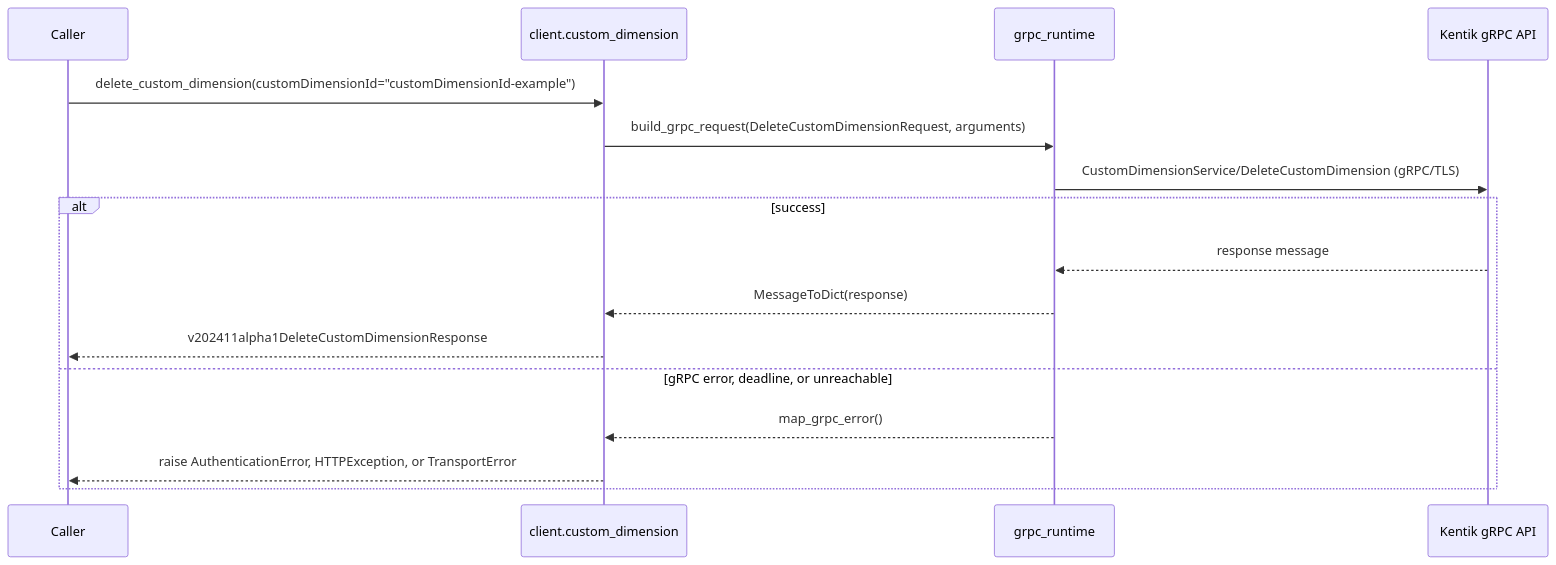
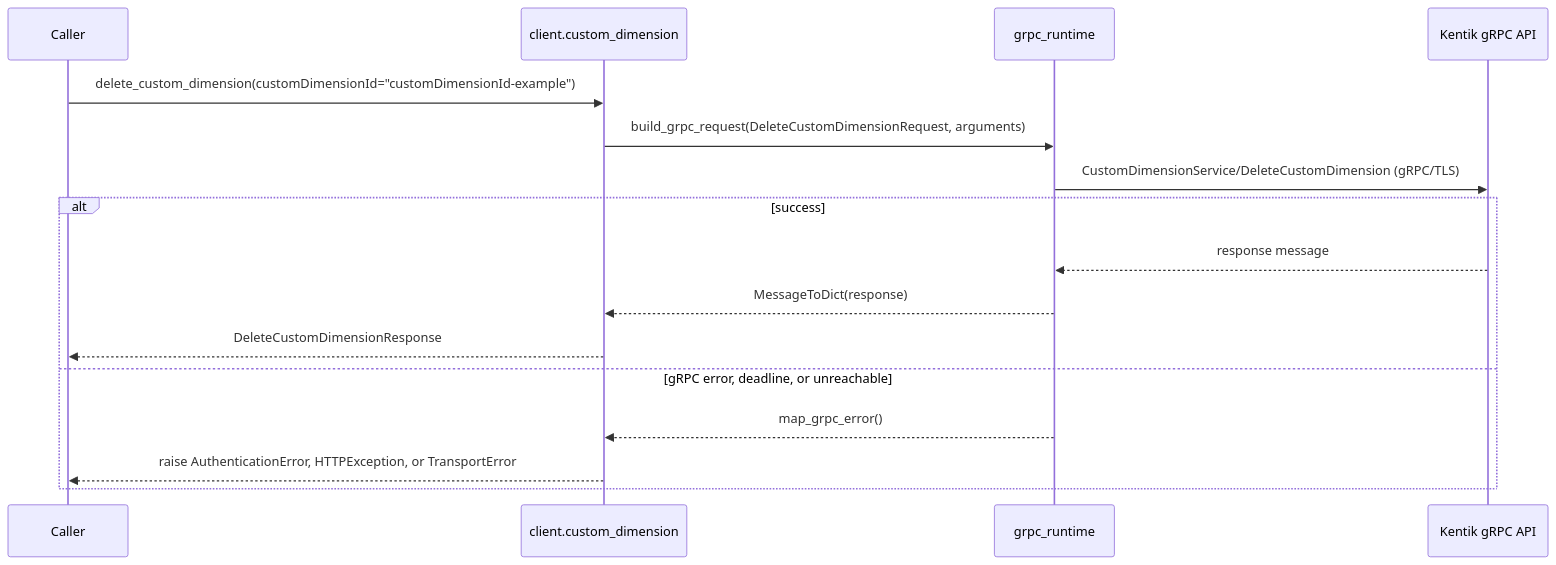
One commit to alexdearaujo/community_sdk_python changed the ninth of 22 diagrams in docs/sphinx/services/custom_dimension.md. Above: the diagram before and after it, drawn with Mermaid. The commit also changed other lines of this file and 38 other files, not shown here.

````diff
--- a/docs/sphinx/services/custom_dimension.md
+++ b/docs/sphinx/services/custom_dimension.md
@@ -281,19 +281,19 @@
 ```mermaid
 sequenceDiagram
     participant C as Caller
     participant W as client.custom_dimension
     participant R as grpc_runtime
     participant API as Kentik gRPC API
 
     C->>W: delete_custom_dimension(customDimensionId="customDimensionId-example")
     W->>R: build_grpc_request(DeleteCustomDimensionRequest, arguments)
     R->>API: CustomDimensionService/DeleteCustomDimension (gRPC/TLS)
     alt success
         API-->>R: response message
         R-->>W: MessageToDict(response)
-        W-->>C: v202411alpha1DeleteCustomDimensionResponse
+        W-->>C: DeleteCustomDimensionResponse
     else gRPC error, deadline, or unreachable
         R-->>W: map_grpc_error()
         W-->>C: raise AuthenticationError, HTTPException, or TransportError
     end
 ```
````
